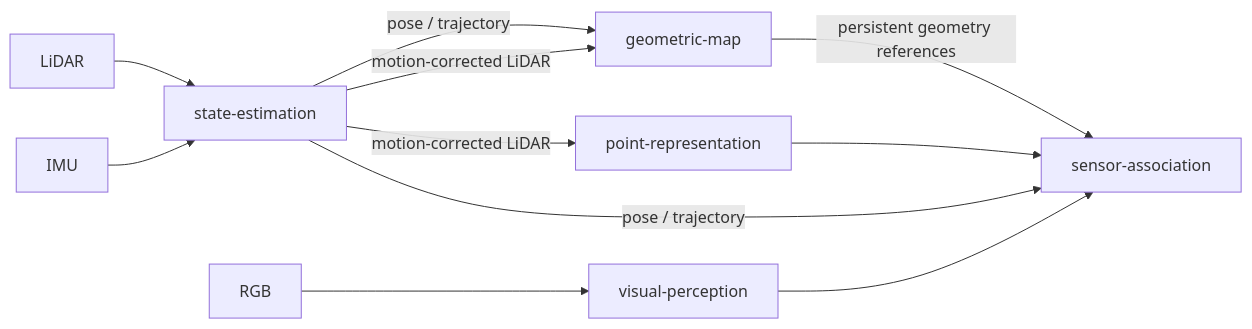
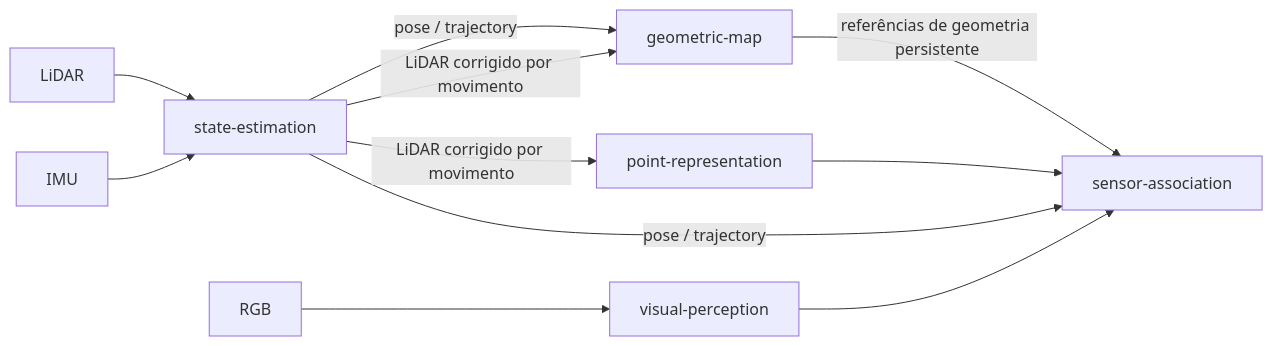
One commit to Alexandre-Tortoza/contextual-3d-mapping changed the second of 2 diagrams in docs/architecture.md. Above: the diagram before and after it, drawn with Mermaid. The commit also changed other lines of this file and 279 other files, not shown here.

````diff
--- a/docs/architecture.md
+++ b/docs/architecture.md
@@ -121,16 +121,16 @@
 ```mermaid
 flowchart LR
     L[LiDAR] --> SE[state-estimation]
     I[IMU] --> SE
 
     SE -->|pose / trajectory| GM[geometric-map]
-    SE -->|motion-corrected LiDAR| GM
+    SE -->|LiDAR corrigido por movimento| GM
 
-    SE -->|motion-corrected LiDAR| PR[point-representation]
+    SE -->|LiDAR corrigido por movimento| PR[point-representation]
     SE -->|pose / trajectory| SA[sensor-association]
-    GM -->|persistent geometry references| SA
+    GM -->|referências de geometria persistente| SA
 
     RGB[RGB] --> VP[visual-perception]
     VP --> SA
     PR --> SA
 ```
````
